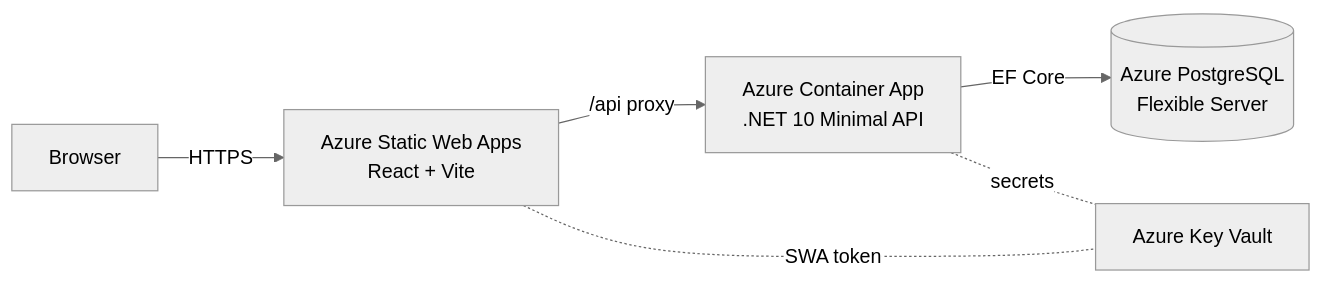
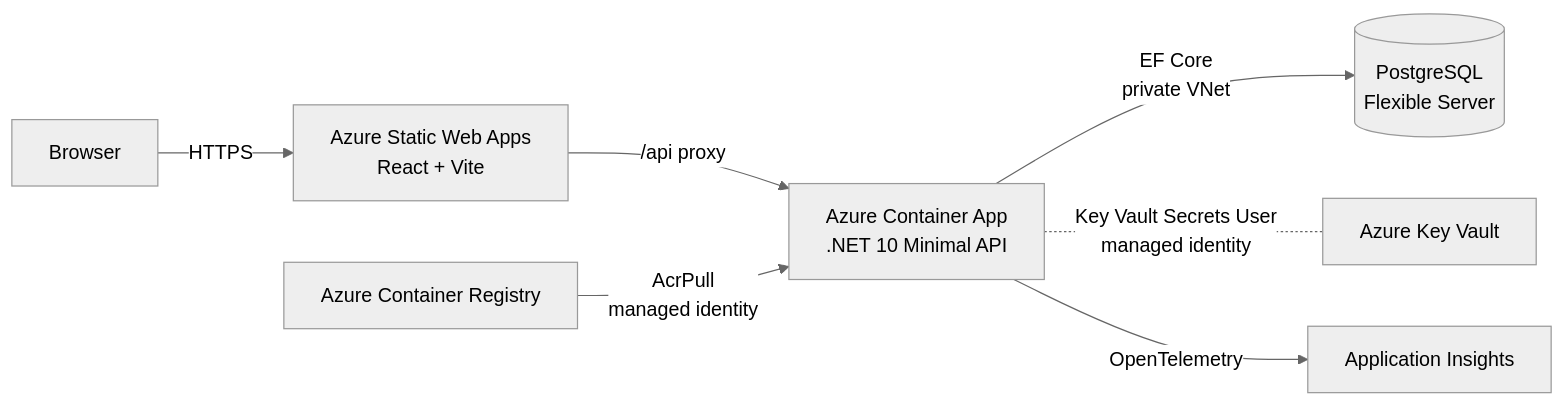
The diagram in README.md (piers-sinclair/Dostar), drawn with Mermaid (neutral theme) before and after one commit. The commit also changed other lines of this file and 1 other file, not shown here.

First paragraph of the commit message:
docs: add architecture.md with topology, CI/CD and spin-up diagrams (#418)
* docs: add architecture.md with Mermaid diagrams for topology, CI/CD and spin-up

````diff
--- a/README.md
+++ b/README.md
@@ -18,8 +18,9 @@
 ```mermaid
 graph LR
     Browser -->|HTTPS| SWA[Azure Static Web Apps\nReact + Vite]
     SWA -->|/api proxy| API[Azure Container App\n.NET 10 Minimal API]
-    API -->|EF Core| DB[(Azure PostgreSQL\nFlexible Server)]
-    API -.-|secrets| KV[Azure Key Vault]
-    SWA -.-|SWA token| KV
+    ACR[Azure Container Registry] -->|AcrPull\nmanaged identity| API
+    API -->|EF Core\nprivate VNet| DB[(PostgreSQL\nFlexible Server)]
+    API -.-|Key Vault Secrets User\nmanaged identity| KV[Azure Key Vault]
+    API -->|OpenTelemetry| APPI[Application Insights]
 ```
````
